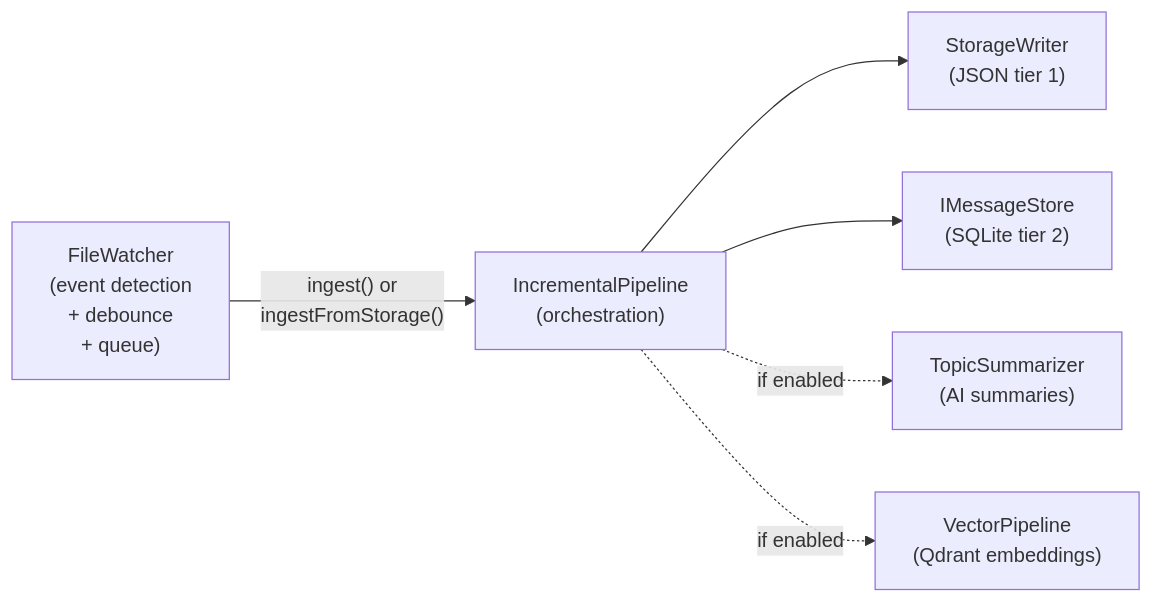
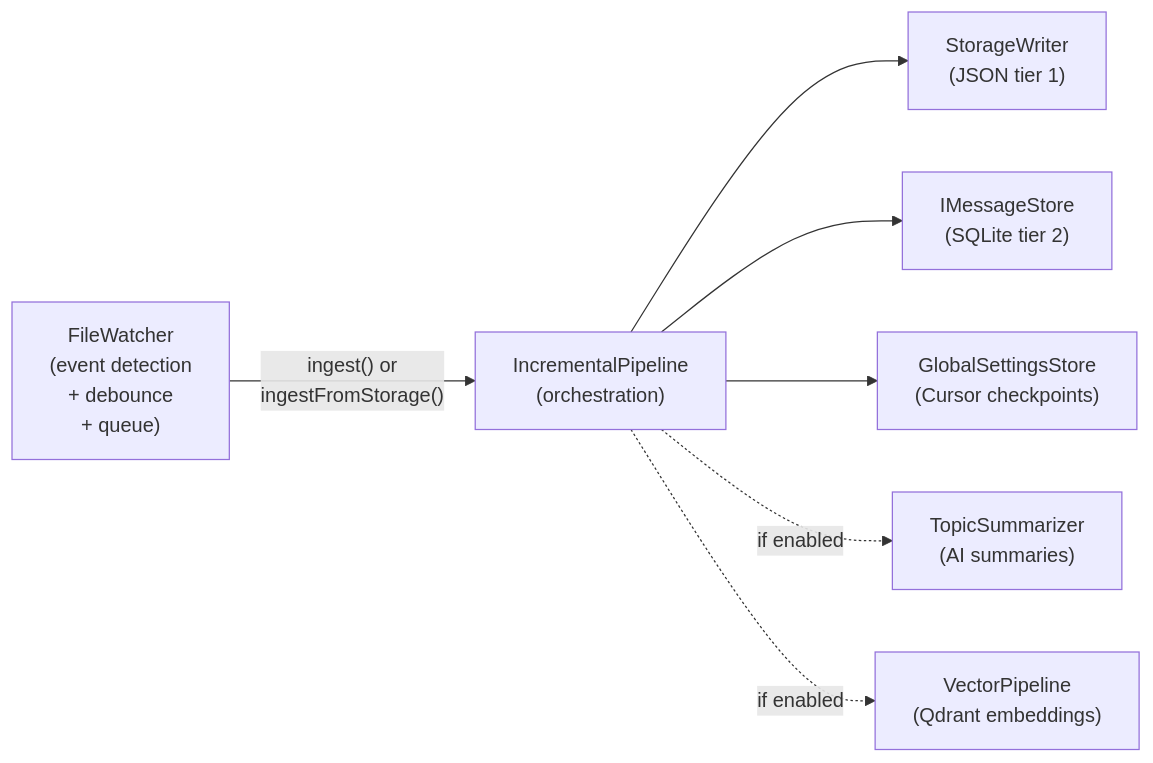
Before and after one commit to Kyliathy/context-core: diagram 11 of 15 in server/zz-reach2/architecture/data/archi-file-watcher.md, drawn with Mermaid. The commit also changed other lines of this file and 23 other files, not shown here.

````diff
--- a/server/zz-reach2/architecture/data/archi-file-watcher.md
+++ b/server/zz-reach2/architecture/data/archi-file-watcher.md
@@ -445,15 +483,17 @@
 ```mermaid
 flowchart LR
     FW["FileWatcher<br/>(event detection<br/>+ debounce<br/>+ queue)"]
     IP["IncrementalPipeline<br/>(orchestration)"]
     SW["StorageWriter<br/>(JSON tier 1)"]
     DB["IMessageStore<br/>(SQLite tier 2)"]
+    GS["GlobalSettingsStore<br/>(Cursor checkpoints)"]
     TS["TopicSummarizer<br/>(AI summaries)"]
     VP["VectorPipeline<br/>(Qdrant embeddings)"]
 
     FW -->|"ingest() or<br/>ingestFromStorage()"| IP
     IP --> SW
     IP --> DB
+    IP --> GS
     IP -.->|"if enabled"| TS
     IP -.->|"if enabled"| VP
 ```
````
